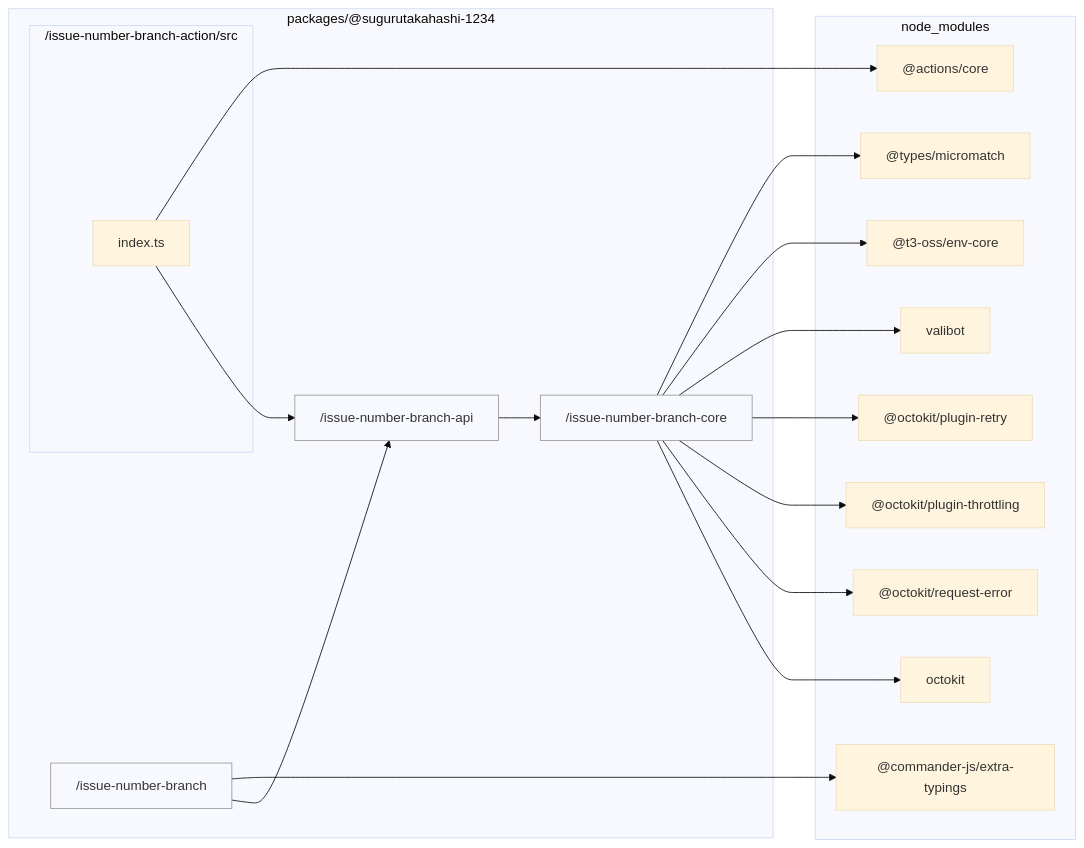
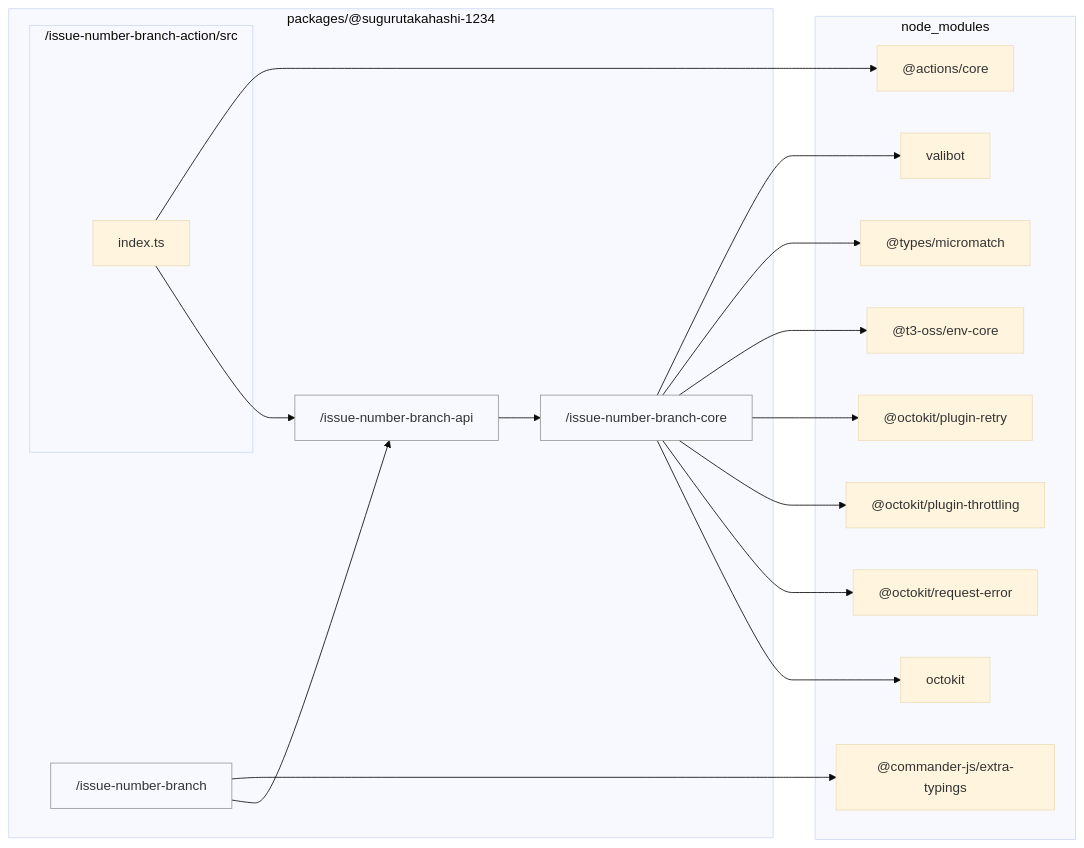
One commit to sugurutakahashi-1234/issue-linker changed the diagram in docs/reports/dependencies/action.md. Above: the diagram before and after it, drawn with Mermaid (base theme). The commit also changed other lines of this file and 8 other files, not shown here.

First line of the commit message:
feat: add validation schemas for check options  [deps-change]

````diff
--- a/docs/reports/dependencies/action.md
+++ b/docs/reports/dependencies/action.md
@@ -7,35 +7,35 @@
 ```mermaid
 flowchart LR
     classDef dir fill:#0000,stroke:#999
     subgraph packages///sugurutakahashi//1234["packages/@sugurutakahashi-1234"]
         packages///sugurutakahashi//1234/issue//number//branch//core["/issue-number-branch-core"]:::dir
         packages///sugurutakahashi//1234/issue//number//branch//api["/issue-number-branch-api"]:::dir
         packages///sugurutakahashi//1234/issue//number//branch["/issue-number-branch"]:::dir
         subgraph packages///sugurutakahashi//1234/issue//number//branch//action/src["/issue-number-branch-action/src"]
             packages///sugurutakahashi//1234/issue//number//branch//action/src/index.ts["index.ts"]
         end
     end
     subgraph node//modules["node_modules"]
         node//modules///commander//js/extra//typings/index.d.ts["@commander-js/extra-typings"]
         node//modules///actions/core/lib/core.d.ts["@actions/core"]
+        node//modules/valibot/dist/index.d.cts["valibot"]
         node//modules///types/micromatch/index.d.ts["@types/micromatch"]
         node//modules///t3//oss/env//core/dist/index.d.ts["@t3-oss/env-core"]
-        node//modules/valibot/dist/index.d.cts["valibot"]
         node//modules///octokit/plugin//retry/dist//types/index.d.ts["@octokit/plugin-retry"]
         node//modules///octokit/plugin//throttling/dist//types/index.d.ts["@octokit/plugin-throttling"]
         node//modules///octokit/request//error/dist//types/index.d.ts["@octokit/request-error"]
         node//modules/octokit/dist//types/index.d.ts["octokit"]
     end
     packages///sugurutakahashi//1234/issue//number//branch//api-->packages///sugurutakahashi//1234/issue//number//branch//core
     packages///sugurutakahashi//1234/issue//number//branch-->node//modules///commander//js/extra//typings/index.d.ts
     packages///sugurutakahashi//1234/issue//number//branch-->packages///sugurutakahashi//1234/issue//number//branch//api
     packages///sugurutakahashi//1234/issue//number//branch//action/src/index.ts-->node//modules///actions/core/lib/core.d.ts
     packages///sugurutakahashi//1234/issue//number//branch//action/src/index.ts-->packages///sugurutakahashi//1234/issue//number//branch//api
+    packages///sugurutakahashi//1234/issue//number//branch//core-->node//modules/valibot/dist/index.d.cts
     packages///sugurutakahashi//1234/issue//number//branch//core-->node//modules///types/micromatch/index.d.ts
     packages///sugurutakahashi//1234/issue//number//branch//core-->node//modules///t3//oss/env//core/dist/index.d.ts
-    packages///sugurutakahashi//1234/issue//number//branch//core-->node//modules/valibot/dist/index.d.cts
     packages///sugurutakahashi//1234/issue//number//branch//core-->node//modules///octokit/plugin//retry/dist//types/index.d.ts
     packages///sugurutakahashi//1234/issue//number//branch//core-->node//modules///octokit/plugin//throttling/dist//types/index.d.ts
     packages///sugurutakahashi//1234/issue//number//branch//core-->node//modules///octokit/request//error/dist//types/index.d.ts
     packages///sugurutakahashi//1234/issue//number//branch//core-->node//modules/octokit/dist//types/index.d.ts
 ```
````
